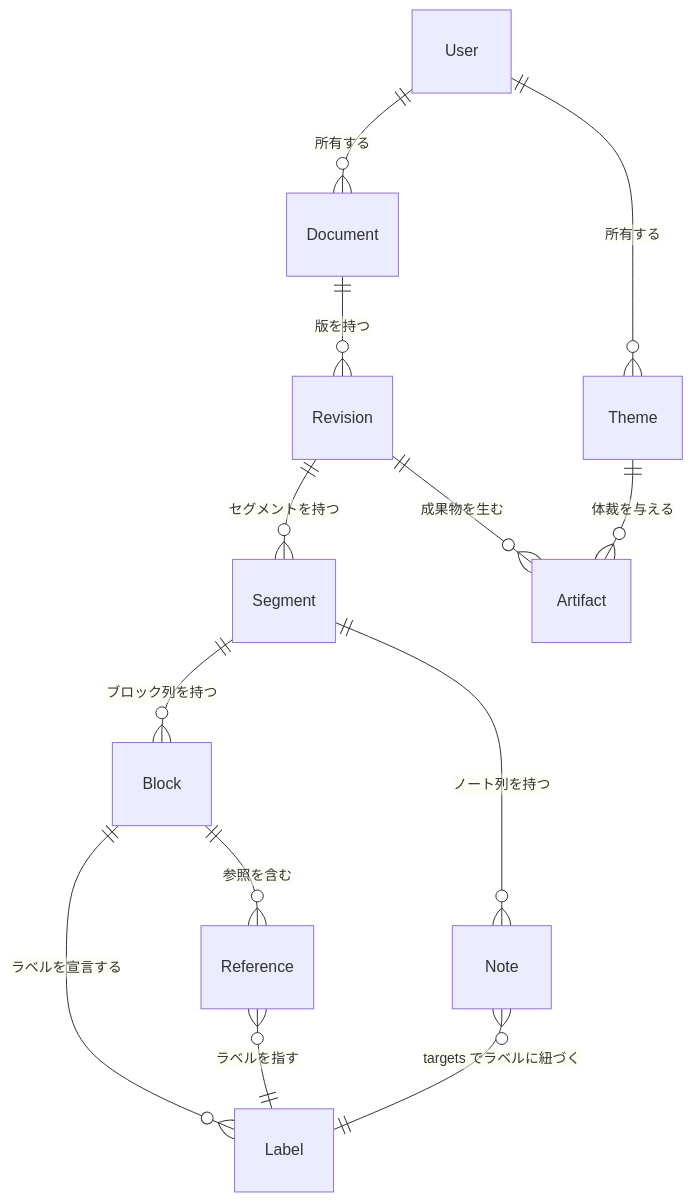
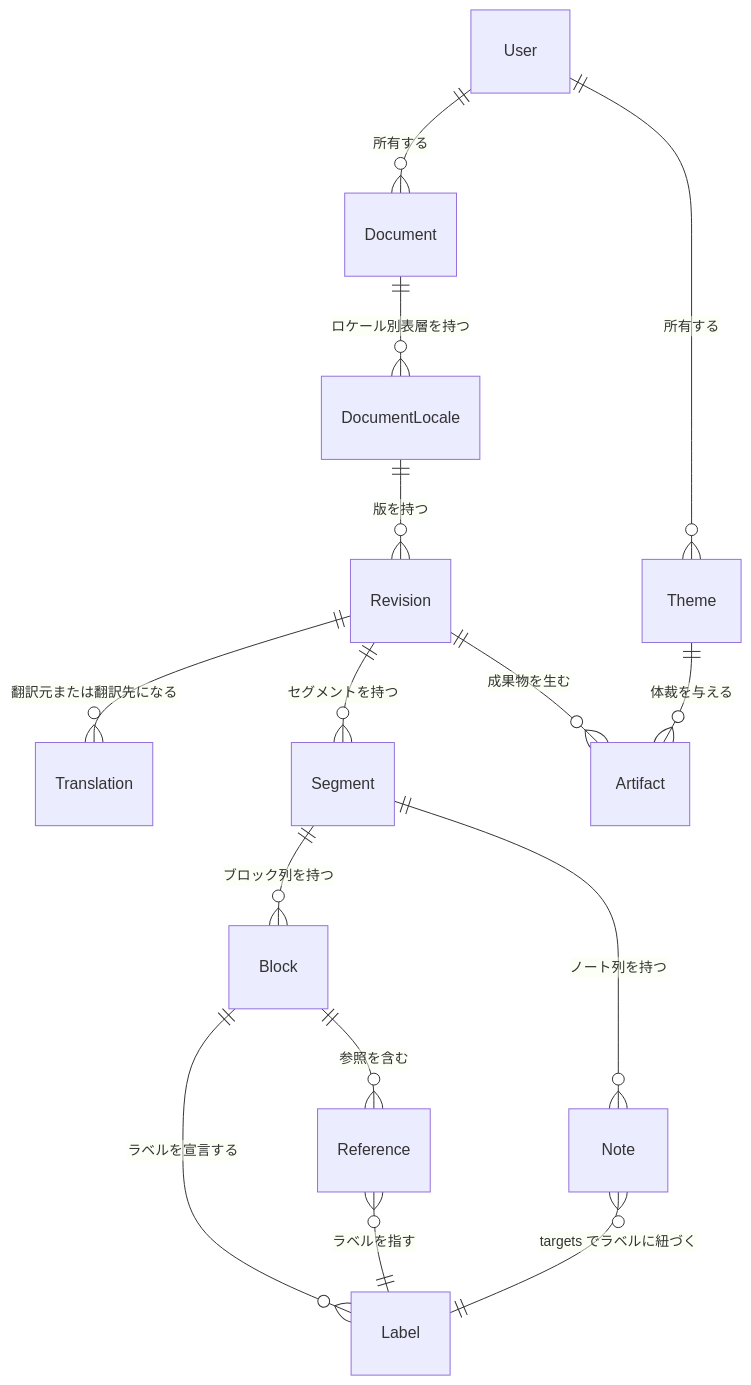
One commit to masaori/math changed the third of 4 diagrams in structured-latex/docs/domain-model.md. Above: the diagram before and after it, drawn with Mermaid. The commit also changed other lines of this file and 24 other files, not shown here.

````diff
--- a/structured-latex/docs/domain-model.md
+++ b/structured-latex/docs/domain-model.md
@@ -219,15 +221,17 @@
 ```mermaid
 erDiagram
-  Document ||--o{ Revision : "版を持つ"
+  Document ||--o{ DocumentLocale : "ロケール別表層を持つ"
+  DocumentLocale ||--o{ Revision : "版を持つ"
+  Revision ||--o{ Translation : "翻訳元または翻訳先になる"
   Revision ||--o{ Segment : "セグメントを持つ"
   Segment ||--o{ Block : "ブロック列を持つ"
   Segment ||--o{ Note : "ノート列を持つ"
   Block ||--o{ Label : "ラベルを宣言する"
   Block ||--o{ Reference : "参照を含む"
   Reference }o--|| Label : "ラベルを指す"
   Note }o--|| Label : "targets でラベルに紐づく"
   Revision ||--o{ Artifact : "成果物を生む"
   Theme ||--o{ Artifact : "体裁を与える"
   User ||--o{ Document : "所有する"
   User ||--o{ Theme : "所有する"
 ```
````
